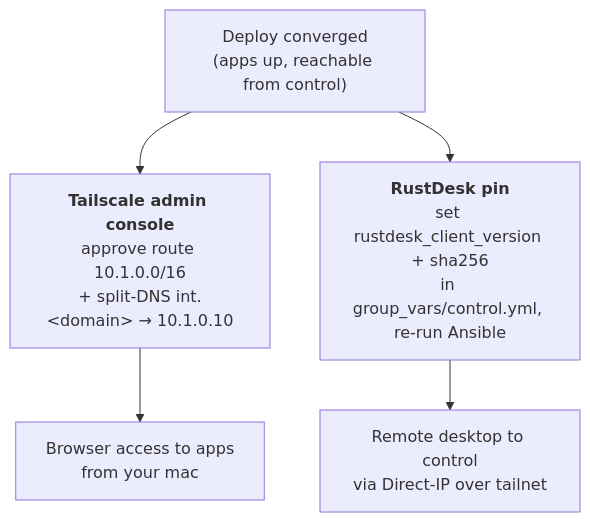
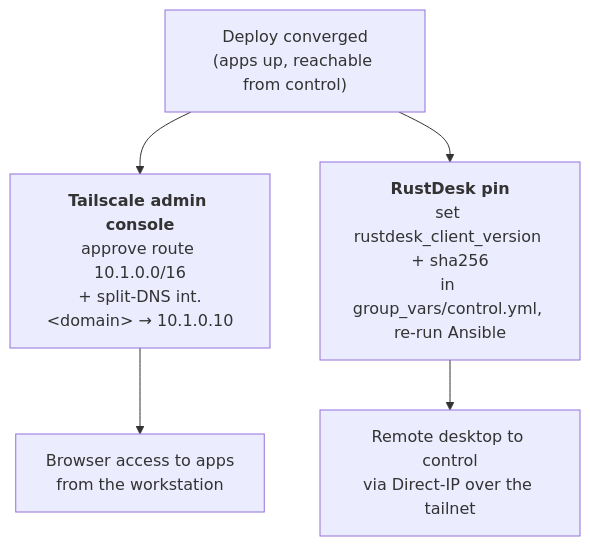
The third of 3 diagrams in docs/system/lifecycle.md (v2e-sh/v2e-docs), drawn with Mermaid before and after one commit. The commit also changed other lines of this file and 11 other files, not shown here.

````diff
--- a/docs/system/lifecycle.md
+++ b/docs/system/lifecycle.md
@@ -168,10 +127,10 @@
 ```mermaid
 flowchart TD
     A["Deploy converged<br/>(apps up, reachable from control)"]
     B["<b>Tailscale admin console</b><br/>approve route 10.1.0.0/16<br/>+ split-DNS int.&lt;domain&gt; → 10.1.0.10"]
     C["<b>RustDesk pin</b><br/>set rustdesk_client_version + sha256<br/>in group_vars/control.yml, re-run Ansible"]
-    D["Browser access to apps<br/>from your mac"]
-    E["Remote desktop to control<br/>via Direct-IP over tailnet"]
+    D["Browser access to apps<br/>from the workstation"]
+    E["Remote desktop to control<br/>via Direct-IP over the tailnet"]
     A --> B --> D
     A --> C --> E
 ```
````
